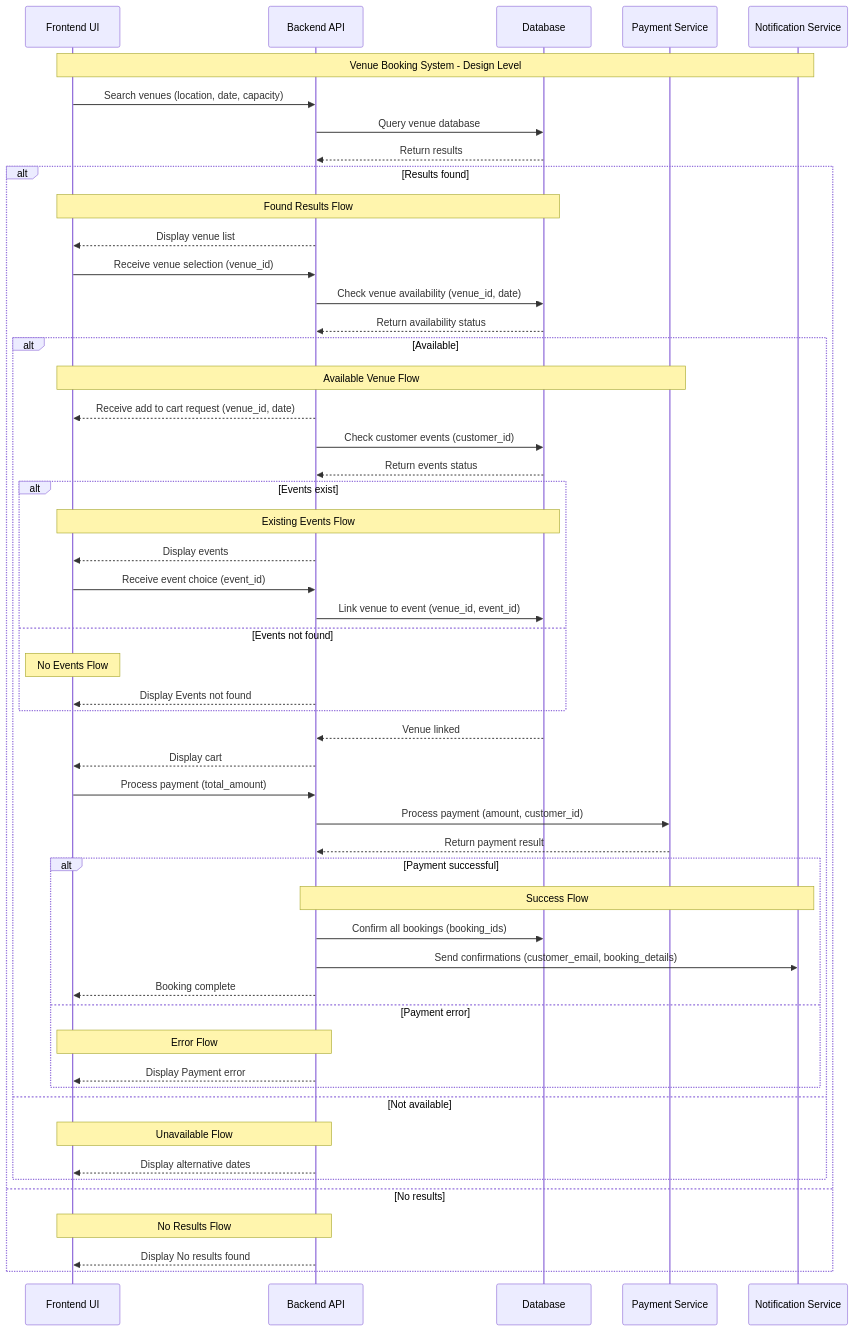
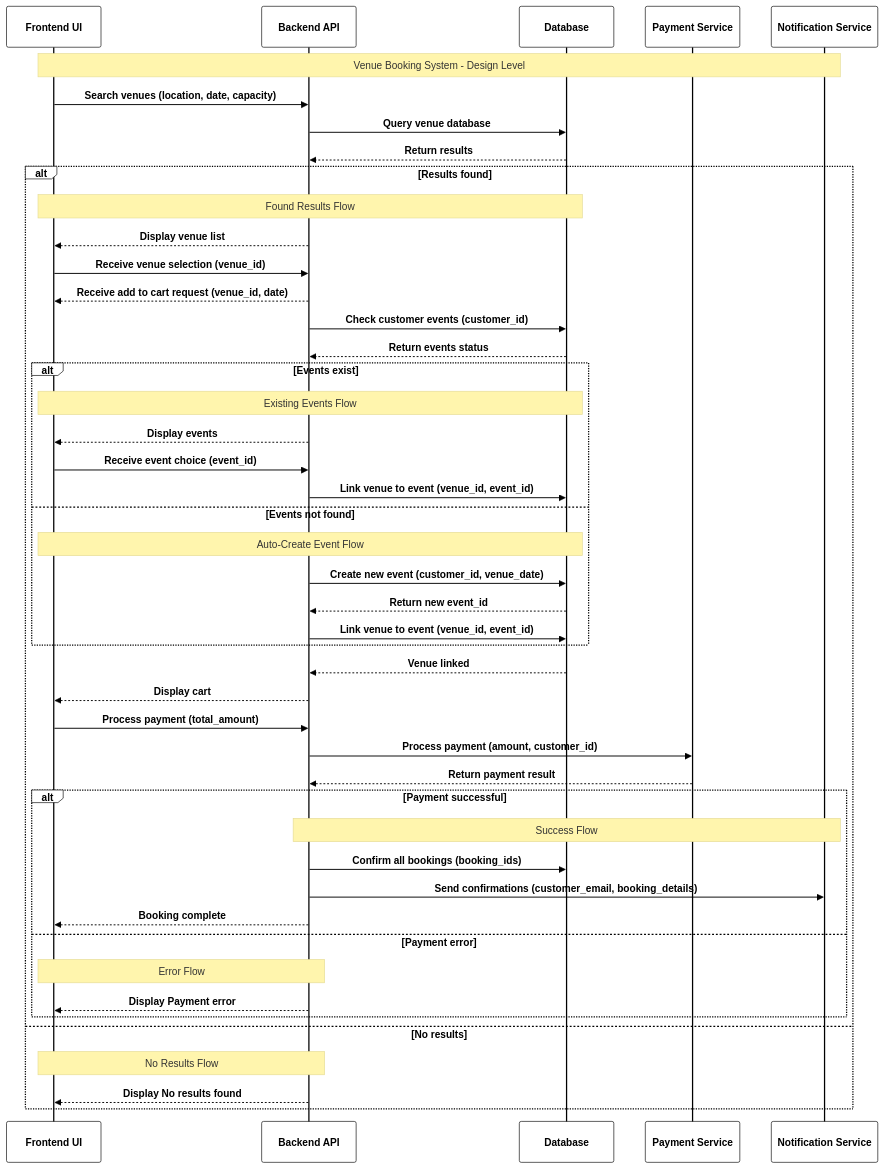
One commit to joue-zero/grad-project changed the diagram in Venue_booking/Sequence_Diagrame/venue_booking_sequence_final.mmd. Above: the diagram before and after it, drawn with Mermaid. The commit also changed 59 other files, not shown here.

Commit message:
Tweaks for sequence, Activity

```diff
--- a/Venue_booking/Sequence_Diagrame/venue_booking_sequence_final.mmd
+++ b/Venue_booking/Sequence_Diagrame/venue_booking_sequence_final.mmd
@@ -1,61 +1,54 @@
+%%{ init: { 'theme': 'base', 'themeVariables': { 'primaryColor': '#CEE7FF', 'primaryTextColor': '#000000', 'primaryBorderColor': '#000000', 'lineColor': '#000000', 'secondaryColor': '#FFE5B4', 'tertiaryColor': '#E2F0CB', 'background': '#ffffff', 'mainBkg': '#ffffff', 'secondBkg': '#FFE5B4', 'tertiaryBkg': '#E2F0CB' }, 'sequence': { 'actorFontSize': '24px', 'actorFontFamily': 'Arial', 'actorFontWeight': 'bold', 'noteFontSize': '20px', 'noteFontFamily': 'Arial', 'noteFontWeight': 'bold', 'noteTextColor': '#000000', 'messageFontSize': '20px', 'messageFontFamily': 'Arial', 'messageFontWeight': 'bold' } } }%%
 sequenceDiagram
     participant UI as Frontend UI
     participant API as Backend API
     participant DB as Database
     participant Payment as Payment Service
     participant Notification as Notification Service
 
     Note over UI,Notification: Venue Booking System - Design Level
 
     UI->>API: Search venues (location, date, capacity)
     API->>DB: Query venue database
     DB-->>API: Return results
     
     alt Results found
         Note over UI,DB: Found Results Flow
         API-->>UI: Display venue list
         UI->>API: Receive venue selection (venue_id)
-        API->>DB: Check venue availability (venue_id, date)
-        DB-->>API: Return availability status
+        API-->>UI: Receive add to cart request (venue_id, date)
+        API->>DB: Check customer events (customer_id)
+        DB-->>API: Return events status
         
-        alt Available
-            Note over UI,Payment: Available Venue Flow
-            API-->>UI: Receive add to cart request (venue_id, date)
-            API->>DB: Check customer events (customer_id)
-            DB-->>API: Return events status
-            
-            alt Events exist
-                Note over UI,DB: Existing Events Flow
-                API-->>UI: Display events
-                UI->>API: Receive event choice (event_id)
-                API->>DB: Link venue to event (venue_id, event_id)
-            else Events not found
-                Note over UI,UI: No Events Flow
-                API-->>UI: Display Events not found
-            end
-            
-            DB-->>API: Venue linked
-            API-->>UI: Display cart
-            UI->>API: Process payment (total_amount)
-            API->>Payment: Process payment (amount, customer_id)
-            Payment-->>API: Return payment result
-            
-            alt Payment successful
-                Note over API,Notification: Success Flow
-                API->>DB: Confirm all bookings (booking_ids)
-                API->>Notification: Send confirmations (customer_email, booking_details)
-                API-->>UI: Booking complete
-            else Payment error
-                Note over API,UI: Error Flow
-                API-->>UI: Display Payment error
-            end
-            
-        else Not available
-            Note over API,UI: Unavailable Flow
-            API-->>UI: Display alternative dates
+        alt Events exist
+            Note over UI,DB: Existing Events Flow
+            API-->>UI: Display events
+            UI->>API: Receive event choice (event_id)
+            API->>DB: Link venue to event (venue_id, event_id)
+        else Events not found
+            Note over UI,DB: Auto-Create Event Flow
+            API->>DB: Create new event (customer_id, venue_date)
+            DB-->>API: Return new event_id
+            API->>DB: Link venue to event (venue_id, event_id)
+        end
+        
+        DB-->>API: Venue linked
+        API-->>UI: Display cart
+        UI->>API: Process payment (total_amount)
+        API->>Payment: Process payment (amount, customer_id)
+        Payment-->>API: Return payment result
+        
+        alt Payment successful
+            Note over API,Notification: Success Flow
+            API->>DB: Confirm all bookings (booking_ids)
+            API->>Notification: Send confirmations (customer_email, booking_details)
+            API-->>UI: Booking complete
+        else Payment error
+            Note over API,UI: Error Flow
+            API-->>UI: Display Payment error
         end
         
     else No results
         Note over API,UI: No Results Flow
         API-->>UI: Display No results found
     end 
```
